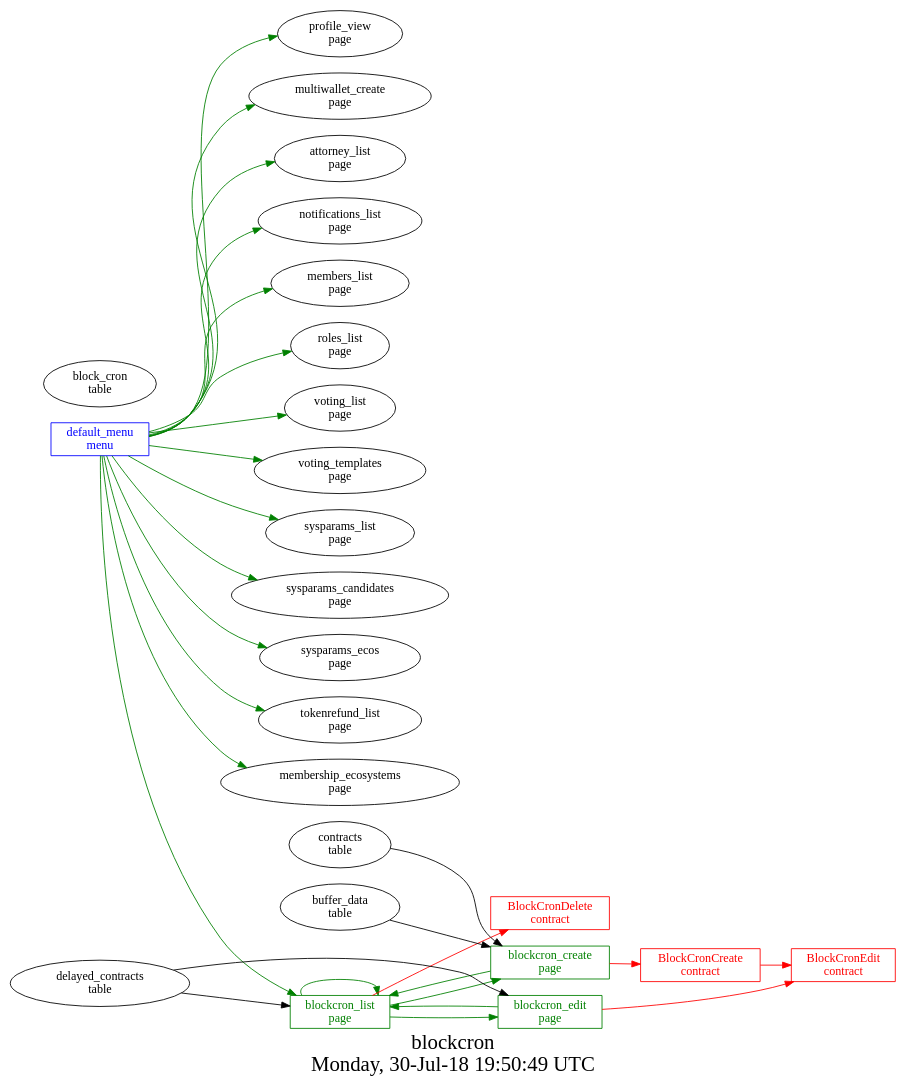
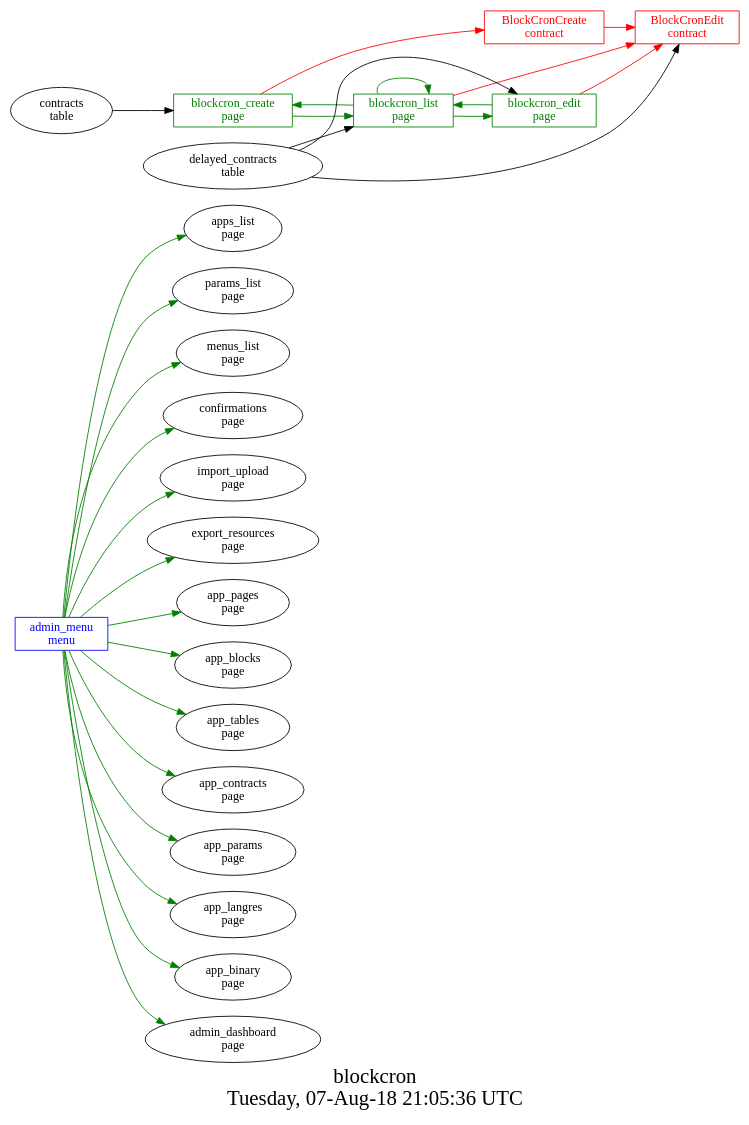
The diagram in src/blockcron/struct.dot (AplaProject/apps), drawn with Graphviz before and after one commit. The commit also changed 26 other files, not shown here.

Commit message:
Fix bugs with blockcron edit and added langres

```diff
--- a/src/blockcron/struct.dot
+++ b/src/blockcron/struct.dot
@@ -1,45 +1,43 @@
 digraph G {
 graph [
   fontsize="24";
-  label="blockcron\nMonday, 30-Jul-18 19:50:49 UTC";
+  label="blockcron\nTuesday, 07-Aug-18 21:05:36 UTC";
   nojustify=true;
   ordering=out;
   rankdir=LR;
   size="30";
 ];
-"default_menu\nmenu" -> "profile_view\npage"  [ color=green ]
-"default_menu\nmenu" -> "multiwallet_create\npage"  [ color=green ]
-"default_menu\nmenu" -> "attorney_list\npage"  [ color=green ]
-"default_menu\nmenu" -> "notifications_list\npage"  [ color=green ]
-"default_menu\nmenu" -> "members_list\npage"  [ color=green ]
-"default_menu\nmenu" -> "roles_list\npage"  [ color=green ]
-"default_menu\nmenu" -> "voting_list\npage"  [ color=green ]
-"default_menu\nmenu" -> "voting_templates\npage"  [ color=green ]
-"default_menu\nmenu" -> "sysparams_list\npage"  [ color=green ]
-"default_menu\nmenu" -> "sysparams_candidates\npage"  [ color=green ]
-"default_menu\nmenu" -> "sysparams_ecos\npage"  [ color=green ]
-"default_menu\nmenu" -> "tokenrefund_list\npage"  [ color=green ]
-"default_menu\nmenu" -> "membership_ecosystems\npage"  [ color=green ]
-"default_menu\nmenu" -> "blockcron_list\npage"  [ color=green ]
-"default_menu\nmenu" [color=blue, fontcolor=blue, group=menus, shape=record];
+"admin_menu\nmenu" -> "apps_list\npage"  [ color=green ]
+"admin_menu\nmenu" -> "params_list\npage"  [ color=green ]
+"admin_menu\nmenu" -> "menus_list\npage"  [ color=green ]
+"admin_menu\nmenu" -> "confirmations\npage"  [ color=green ]
+"admin_menu\nmenu" -> "import_upload\npage"  [ color=green ]
+"admin_menu\nmenu" -> "export_resources\npage"  [ color=green ]
+"admin_menu\nmenu" -> "app_pages\npage"  [ color=green ]
+"admin_menu\nmenu" -> "app_blocks\npage"  [ color=green ]
+"admin_menu\nmenu" -> "app_tables\npage"  [ color=green ]
+"admin_menu\nmenu" -> "app_contracts\npage"  [ color=green ]
+"admin_menu\nmenu" -> "app_params\npage"  [ color=green ]
+"admin_menu\nmenu" -> "app_langres\npage"  [ color=green ]
+"admin_menu\nmenu" -> "app_binary\npage"  [ color=green ]
+"admin_menu\nmenu" -> "admin_dashboard\npage"  [ color=green ]
+"admin_menu\nmenu" [color=blue, fontcolor=blue, group=menus, shape=record];
 "blockcron_create\npage" -> "BlockCronCreate\ncontract"  [ color=red ]
-"buffer_data\ntable" -> "blockcron_create\npage"
 "contracts\ntable" -> "blockcron_create\npage"
 "blockcron_create\npage" -> "blockcron_list\npage"  [ color=green ]
 "blockcron_create\npage" [color=green, fontcolor=green, group=pages, shape=record];
 "blockcron_edit\npage" -> "BlockCronEdit\ncontract"  [ color=red ]
 "delayed_contracts\ntable" -> "blockcron_edit\npage"
 "blockcron_edit\npage" -> "blockcron_list\npage"  [ color=green ]
 "blockcron_edit\npage" [color=green, fontcolor=green, group=pages, shape=record];
-"blockcron_list\npage" -> "BlockCronDelete\ncontract"  [ color=red ]
+"blockcron_list\npage" -> "BlockCronEdit\ncontract"  [ color=red ]
 "delayed_contracts\ntable" -> "blockcron_list\npage"
 "blockcron_list\npage" -> "blockcron_create\npage"  [ color=green ]
 "blockcron_list\npage" -> "blockcron_list\npage"  [ color=green ]
 "blockcron_list\npage" -> "blockcron_edit\npage"  [ color=green ]
 "blockcron_list\npage" [color=green, fontcolor=green, group=pages, shape=record];
 "BlockCronCreate\ncontract" -> "BlockCronEdit\ncontract"  [ color=red ]
 "BlockCronCreate\ncontract" [color=red, fontcolor=red, group=contracts, shape=record];
-"BlockCronDelete\ncontract" [color=red, fontcolor=red, group=contracts, shape=record];
+"delayed_contracts\ntable" -> "BlockCronEdit\ncontract"
 "BlockCronEdit\ncontract" [color=red, fontcolor=red, group=contracts, shape=record];
-"block_cron\ntable" [color="", fontcolor="", group=tables, shape=""];
 }
```
